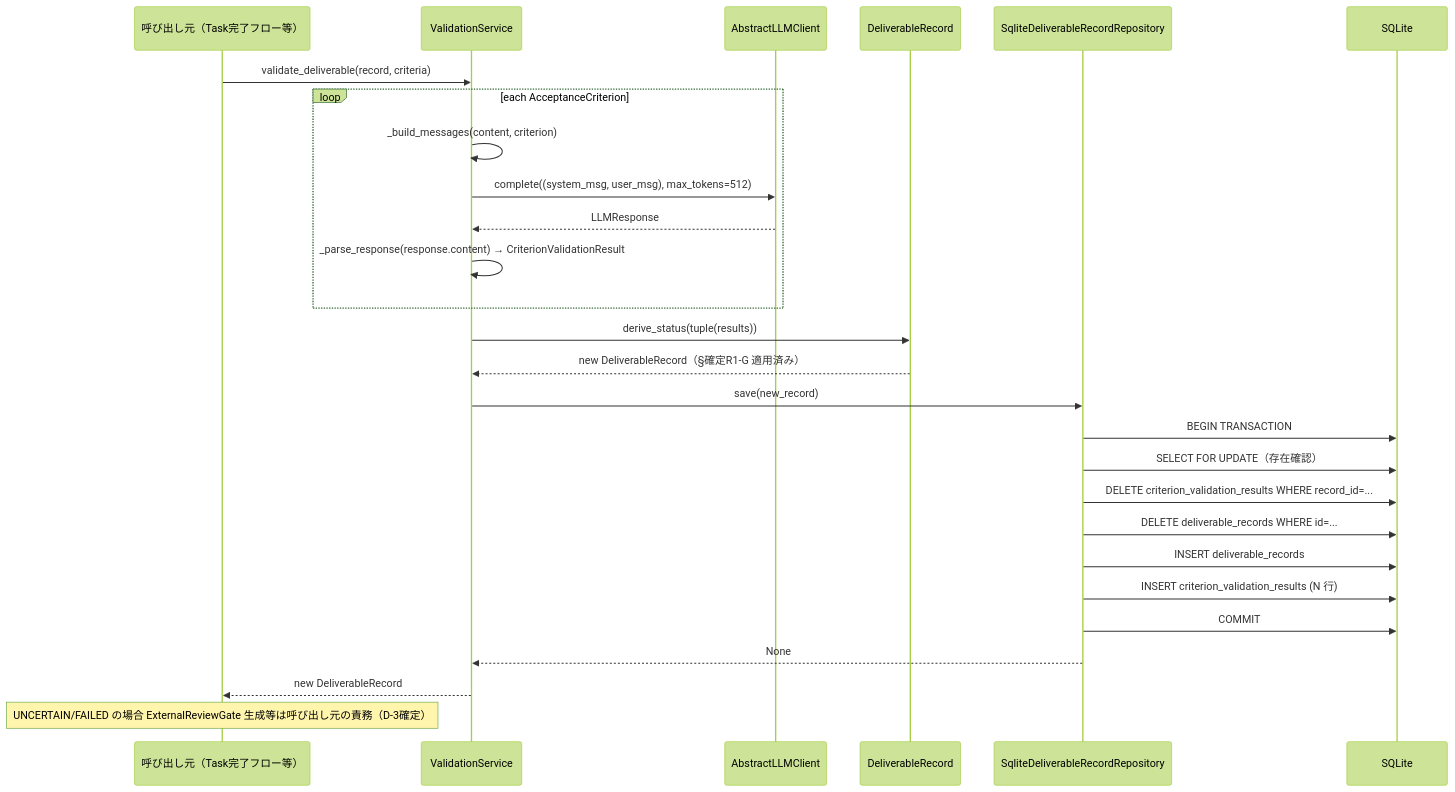
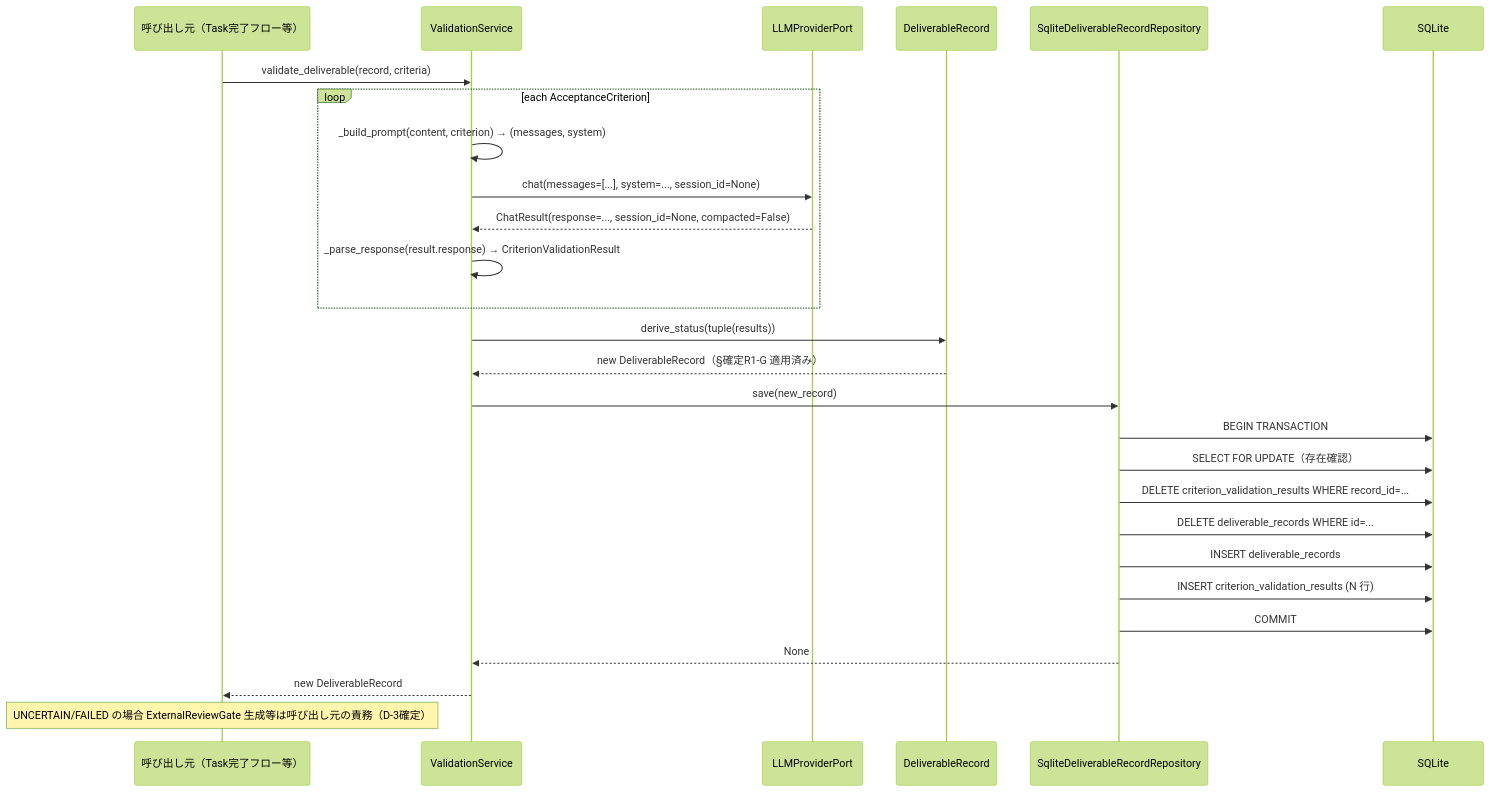
One commit to bakufu-dev/bakufu changed the second of 3 diagrams in docs/features/deliverable-template/ai-validation/basic-design.md. Above: the diagram before and after it, drawn with Mermaid (forest theme). The commit also changed other lines of this file and 3 other files, not shown here.

First line of the commit message:
docs(#123): replace AbstractLLMClient with LLMProviderPort in ai-validation design

````diff
--- a/docs/features/deliverable-template/ai-validation/basic-design.md
+++ b/docs/features/deliverable-template/ai-validation/basic-design.md
@@ -196,30 +190,30 @@
 ```mermaid
 sequenceDiagram
     participant Client as 呼び出し元（Task完了フロー等）
     participant VS as ValidationService
-    participant LLM as AbstractLLMClient
+    participant LLM as LLMProviderPort
     participant DR as DeliverableRecord
     participant Repo as SqliteDeliverableRecordRepository
     participant DB as SQLite
 
     Client->>VS: validate_deliverable(record, criteria)
     loop each AcceptanceCriterion
-        VS->>VS: _build_messages(content, criterion)
-        VS->>LLM: complete((system_msg, user_msg), max_tokens=512)
-        LLM-->>VS: LLMResponse
-        VS->>VS: _parse_response(response.content) → CriterionValidationResult
+        VS->>VS: _build_prompt(content, criterion) → (messages, system)
+        VS->>LLM: chat(messages=[...], system=..., session_id=None)
+        LLM-->>VS: ChatResult(response=..., session_id=None, compacted=False)
+        VS->>VS: _parse_response(result.response) → CriterionValidationResult
     end
     VS->>DR: derive_status(tuple(results))
     DR-->>VS: new DeliverableRecord（§確定R1-G 適用済み）
     VS->>Repo: save(new_record)
     Repo->>DB: BEGIN TRANSACTION
     Repo->>DB: SELECT FOR UPDATE（存在確認）
     Repo->>DB: DELETE criterion_validation_results WHERE record_id=...
     Repo->>DB: DELETE deliverable_records WHERE id=...
     Repo->>DB: INSERT deliverable_records
     Repo->>DB: INSERT criterion_validation_results (N 行)
     Repo->>DB: COMMIT
     Repo-->>VS: None
     VS-->>Client: new DeliverableRecord
     Note over Client: UNCERTAIN/FAILED の場合 ExternalReviewGate 生成等は呼び出し元の責務（D-3確定）
 ```
````
